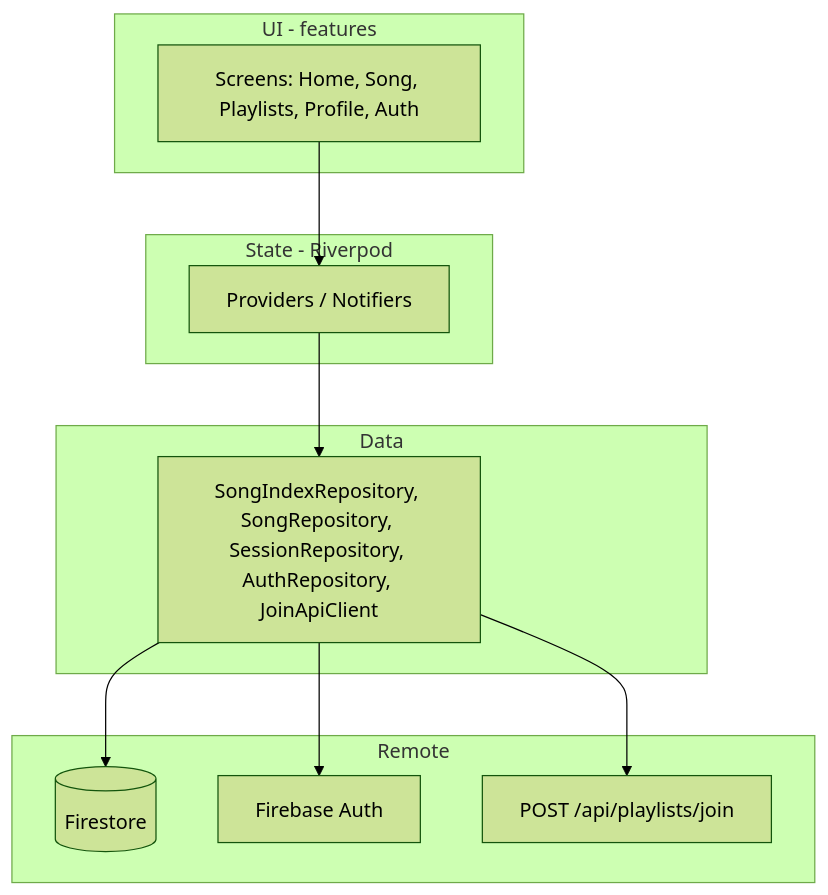
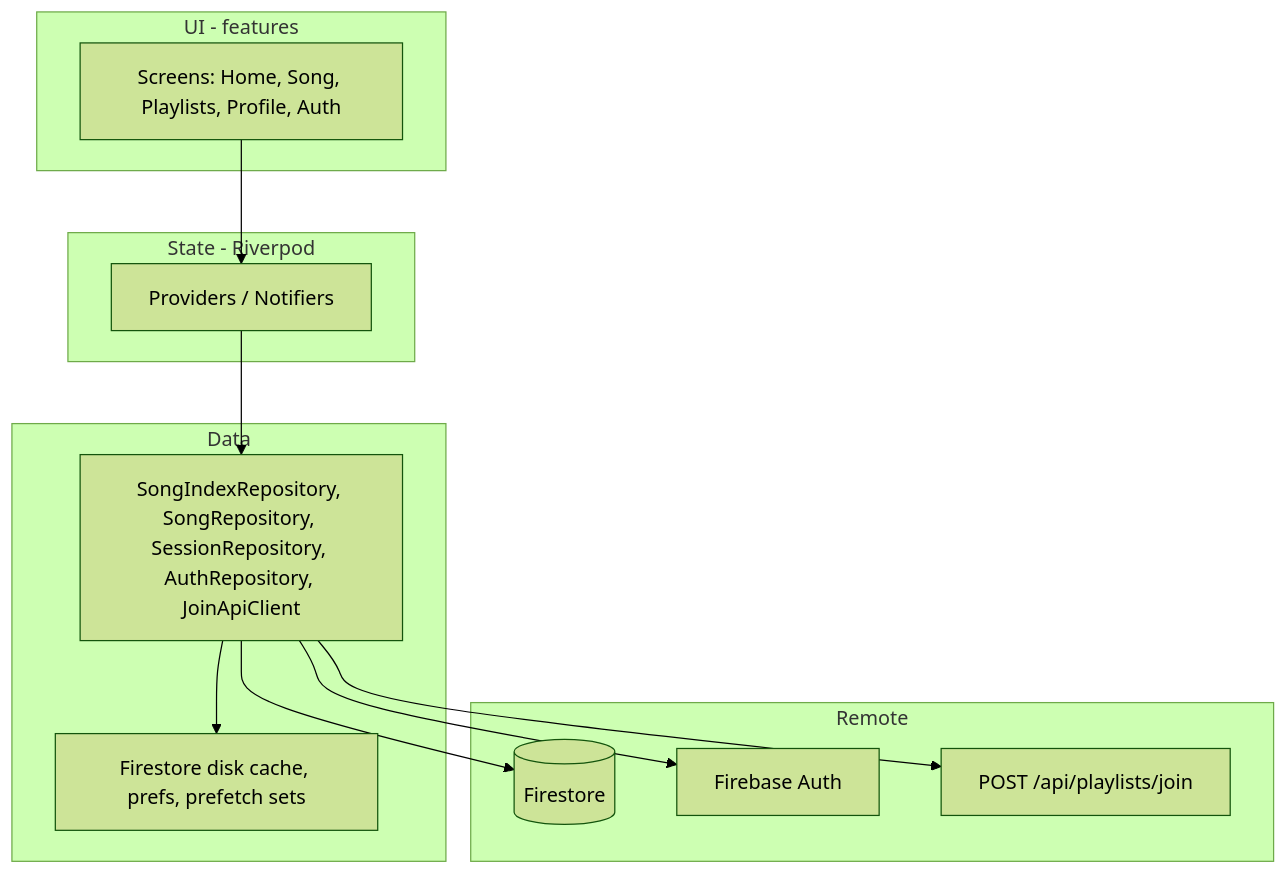
Before and after one commit to Blessan-Alex/chord-chart: the diagram in docs/flutter-roadmap.md, drawn with Mermaid (forest theme). The commit also changed other lines of this file and 50 other files, not shown here.

````diff
--- a/docs/flutter-roadmap.md
+++ b/docs/flutter-roadmap.md
@@ -112,22 +142,24 @@
 ```mermaid
 flowchart TB
   subgraph ui [UI - features]
     Home[Screens: Home, Song, Playlists, Profile, Auth]
   end
   subgraph state [State - Riverpod]
     Providers[Providers / Notifiers]
   end
   subgraph data [Data]
     Repo[SongIndexRepository, SongRepository, SessionRepository, AuthRepository, JoinApiClient]
+    Local[Firestore disk cache, prefs, prefetch sets]
   end
   subgraph remote [Remote]
     FS[(Firestore)]
     Auth[Firebase Auth]
     API[POST /api/playlists/join]
   end
   Home --> Providers
   Providers --> Repo
+  Repo --> Local
   Repo --> FS
   Repo --> Auth
   Repo --> API
 ```
````
